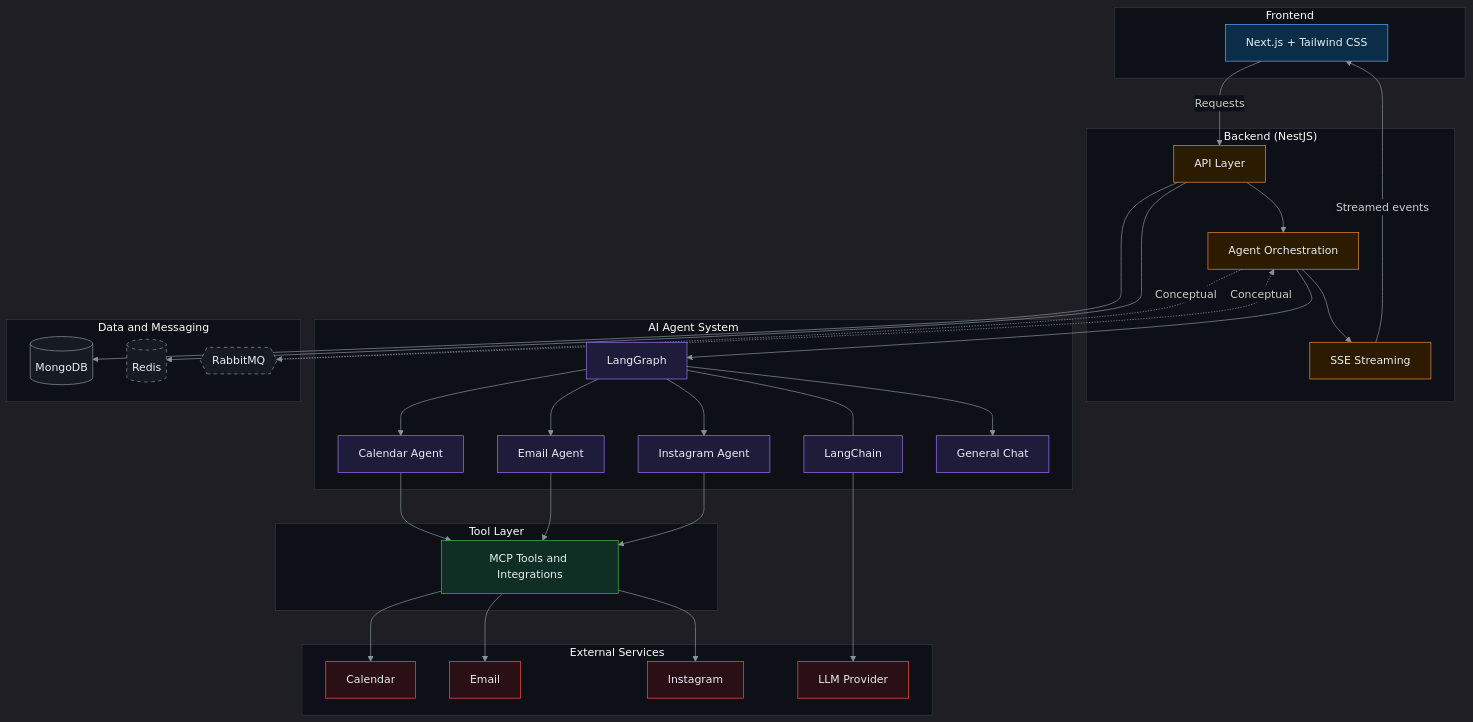
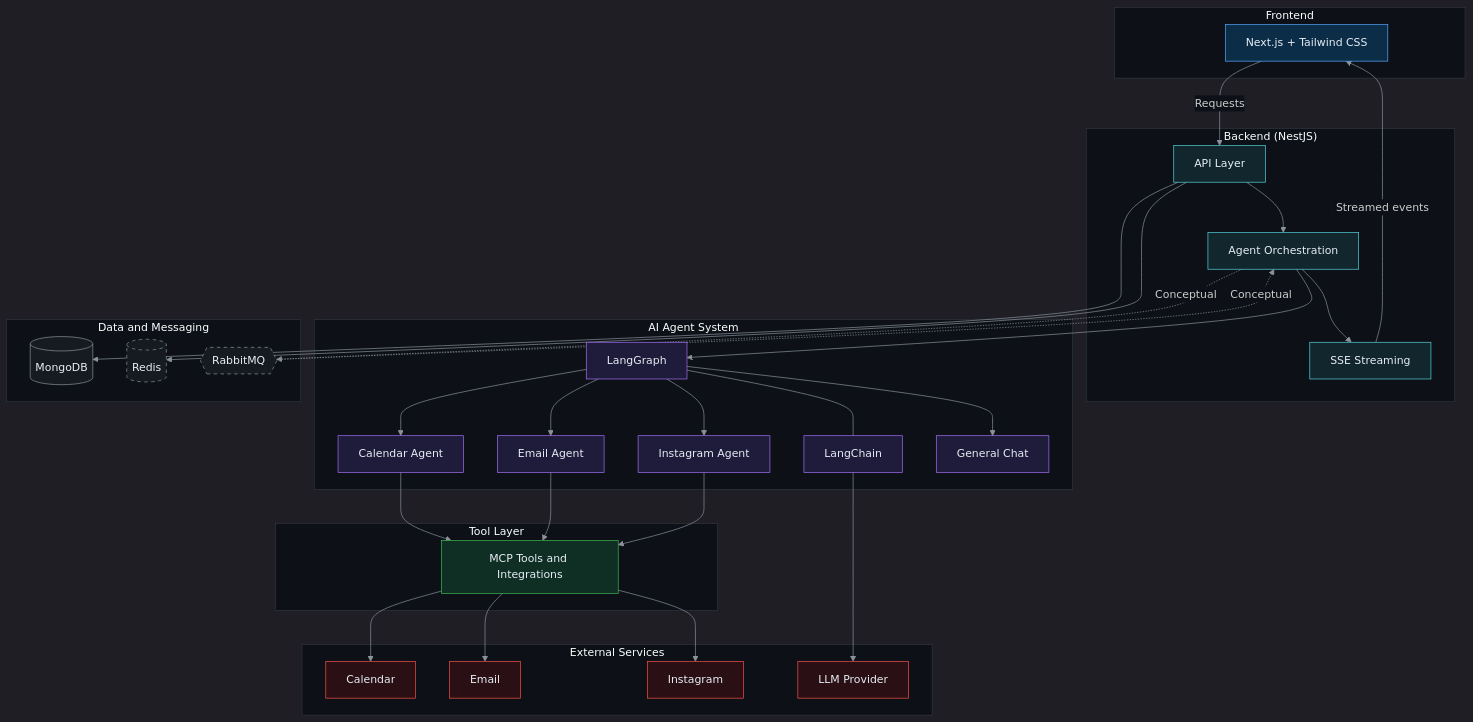
One commit to Sujan-Bhandari07/sutra changed the diagram in README.md. Above: the diagram before and after it, drawn with Mermaid. The commit also changed other lines of this file, not shown here.

````diff
--- a/README.md
+++ b/README.md
@@ -130,77 +128,77 @@
 ```mermaid
 %%{init: {'theme':'dark','themeVariables':{'background':'#0d1117','primaryColor':'#161b22','primaryTextColor':'#e6edf3','primaryBorderColor':'#30363d','lineColor':'#8b949e','clusterBkg':'#0d1117','clusterBorder':'#30363d','edgeLabelBackground':'#0d1117'}}}%%
 flowchart TB
     subgraph Client["Frontend"]
         UI["Next.js + Tailwind CSS"]
     end
 
     subgraph Backend["Backend (NestJS)"]
         API["API Layer"]
         SSE["SSE Streaming"]
         Orchestrator["Agent Orchestration"]
     end
 
     subgraph Agents["AI Agent System"]
         LC["LangChain"]
         LG["LangGraph"]
         CalAgent["Calendar Agent"]
         MailAgent["Email Agent"]
         IGAgent["Instagram Agent"]
         ChatAgent["General Chat"]
     end
 
     subgraph Tools["Tool Layer"]
         MCP["MCP Tools and Integrations"]
     end
 
     subgraph Data["Data and Messaging"]
         Mongo[("MongoDB")]
         Redis[("Redis")]
         MQ{{"RabbitMQ"}}
     end
 
     subgraph External["External Services"]
         Cal["Calendar"]
         Mail["Email"]
         IG["Instagram"]
         LLM["LLM Provider"]
     end
 
     UI -->|"Requests"| API
     SSE -->|"Streamed events"| UI
     API --> Orchestrator
     Orchestrator --> LG
     LG --- LC
     LG --> CalAgent
     LG --> MailAgent
     LG --> IGAgent
     LG --> ChatAgent
     CalAgent --> MCP
     MailAgent --> MCP
     IGAgent --> MCP
     MCP --> Cal
     MCP --> Mail
     MCP --> IG
     LC --> LLM
     Orchestrator --> SSE
     API --> Mongo
     API --> Redis
     Orchestrator -.->|"Conceptual"| MQ
     MQ -.->|"Conceptual"| Orchestrator
 
     classDef frontend fill:#0c2d48,stroke:#58a6ff,color:#e6edf3;
-    classDef backend fill:#2d1b00,stroke:#f0883e,color:#e6edf3;
+    classDef backend fill:#12262e,stroke:#56d4dd,color:#e6edf3;
     classDef agent fill:#1f1b3a,stroke:#a371f7,color:#e6edf3;
     classDef tool fill:#0f2e24,stroke:#3fb950,color:#e6edf3;
     classDef data fill:#161b22,stroke:#8b949e,color:#e6edf3;
     classDef external fill:#2a1015,stroke:#f85149,color:#e6edf3;
     classDef conceptual stroke-dasharray: 5 5;
 
     class UI frontend;
     class API,SSE,Orchestrator backend;
     class LC,LG,CalAgent,MailAgent,IGAgent,ChatAgent agent;
     class MCP tool;
     class Mongo,Redis,MQ data;
     class Cal,Mail,IG,LLM external;
     class MQ,Redis conceptual;
 ```
````
